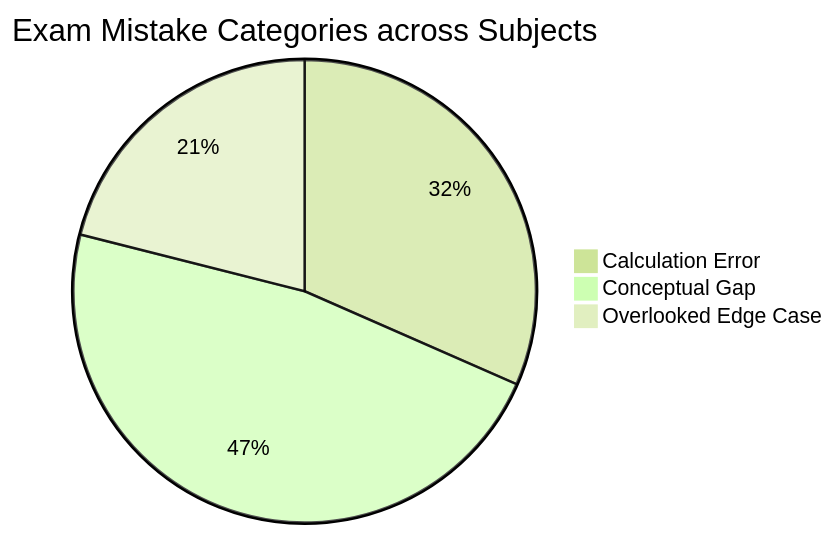
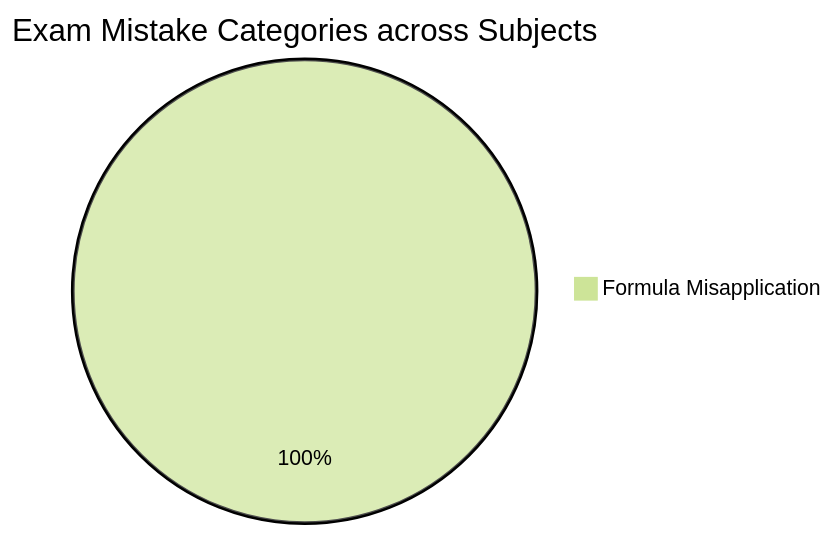
Before and after one commit to skc-coder/SAGE: the first of 3 diagrams in .agents/skills/exam-analysis-master/SKILL.md, drawn with Mermaid (forest theme). The commit also changed other lines of this file and 4 other files, not shown here.

````diff
--- a/.agents/skills/exam-analysis-master/SKILL.md
+++ b/.agents/skills/exam-analysis-master/SKILL.md
@@ -83,6 +100,4 @@
 ```mermaid
 pie title Exam Mistake Categories across Subjects
-    "Calculation Error" : 12
-    "Conceptual Gap" : 18
-    "Overlooked Edge Case" : 8
+    "Formula Misapplication" : 1
 ```
````
